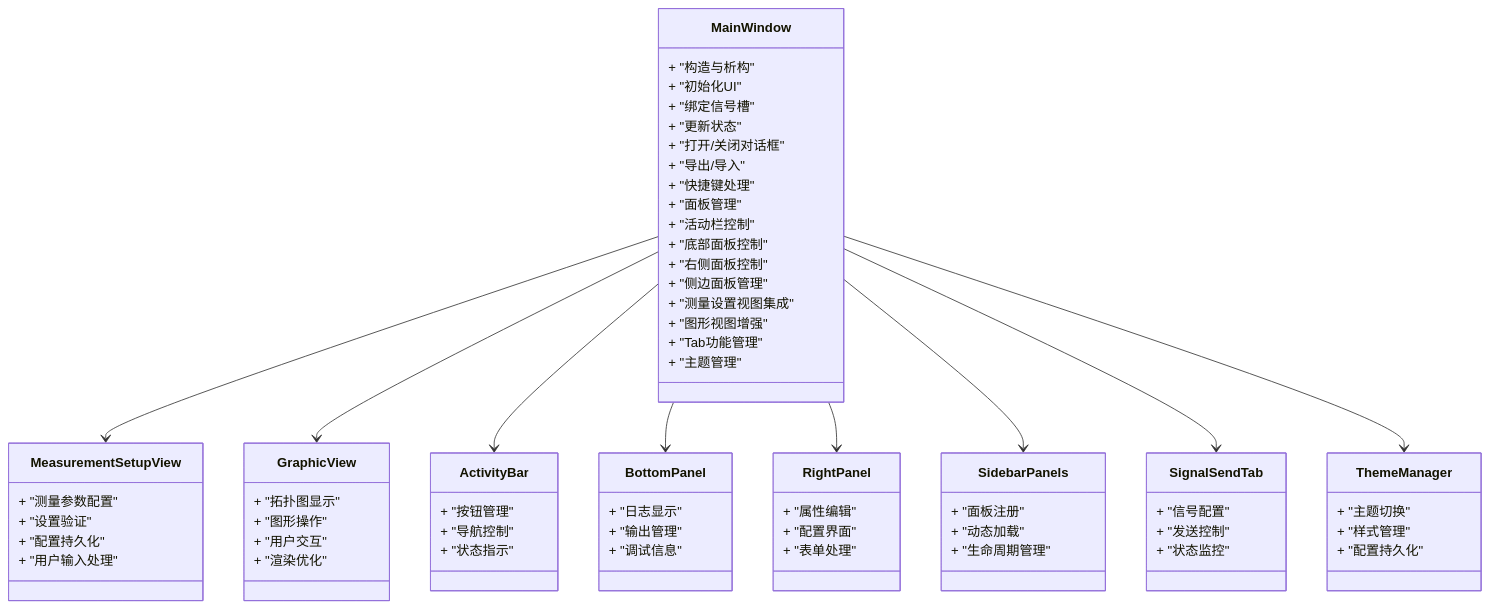
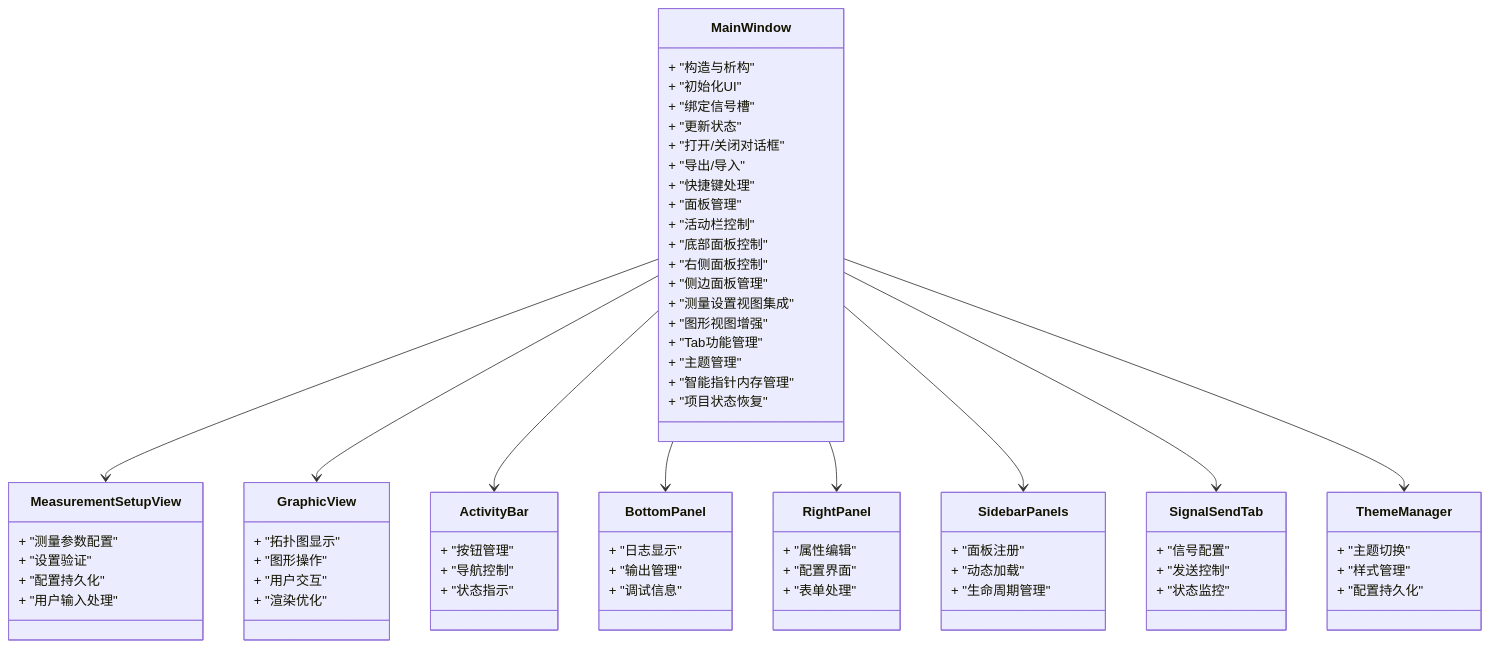
One commit to jakecai1225-design/OpenBus changed the third of 4 diagrams in .qoder/repowiki/zh/content/架构设计/主窗口组件架构.md. Above: the diagram before and after it, drawn with Mermaid. The commit also changed other lines of this file and 5 other files, not shown here.

````diff
--- a/.qoder/repowiki/zh/content/架构设计/主窗口组件架构.md
+++ b/.qoder/repowiki/zh/content/架构设计/主窗口组件架构.md
@@ -216,71 +229,73 @@
 ```mermaid
 classDiagram
 class MainWindow {
 + "构造与析构"
 + "初始化UI"
 + "绑定信号槽"
 + "更新状态"
 + "打开/关闭对话框"
 + "导出/导入"
 + "快捷键处理"
 + "面板管理"
 + "活动栏控制"
 + "底部面板控制"
 + "右侧面板控制"
 + "侧边面板管理"
 + "测量设置视图集成"
 + "图形视图增强"
 + "Tab功能管理"
 + "主题管理"
++ "智能指针内存管理"
++ "项目状态恢复"
 }
 class MeasurementSetupView {
 + "测量参数配置"
 + "设置验证"
 + "配置持久化"
 + "用户输入处理"
 }
 class GraphicView {
 + "拓扑图显示"
 + "图形操作"
 + "用户交互"
 + "渲染优化"
 }
 class ActivityBar {
 + "按钮管理"
 + "导航控制"
 + "状态指示"
 }
 class BottomPanel {
 + "日志显示"
 + "输出管理"
 + "调试信息"
 }
 class RightPanel {
 + "属性编辑"
 + "配置界面"
 + "表单处理"
 }
 class SidebarPanels {
 + "面板注册"
 + "动态加载"
 + "生命周期管理"
 }
 class SignalSendTab {
 + "信号配置"
 + "发送控制"
 + "状态监控"
 }
 class ThemeManager {
 + "主题切换"
 + "样式管理"
 + "配置持久化"
 }
 MainWindow --> MeasurementSetupView
 MainWindow --> GraphicView
 MainWindow --> ActivityBar
 MainWindow --> BottomPanel
 MainWindow --> RightPanel
 MainWindow --> SidebarPanels
 MainWindow --> SignalSendTab
 MainWindow --> ThemeManager
 ```
````
